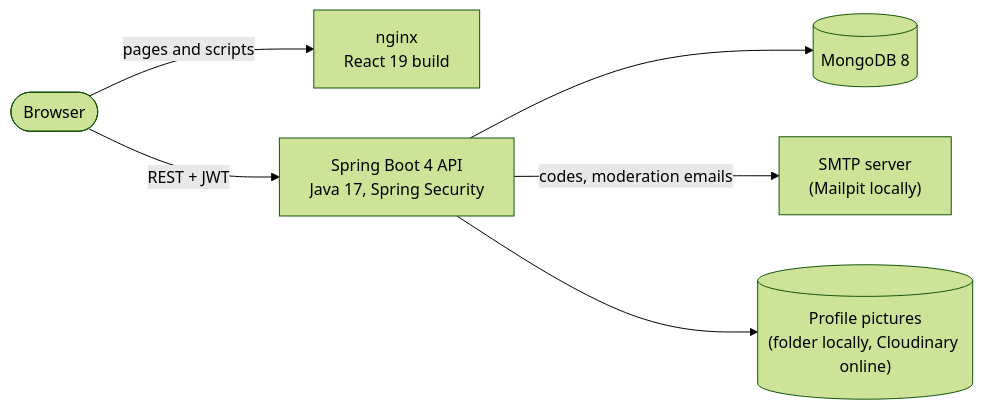
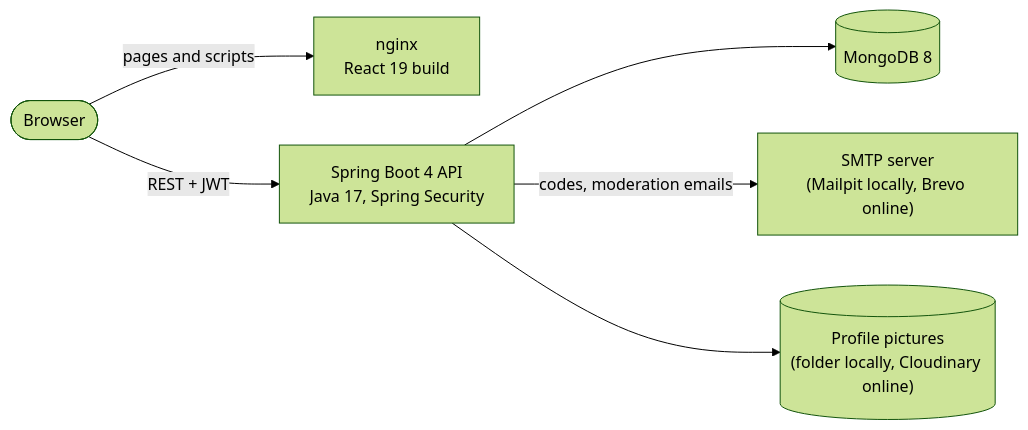
The diagram in README.md (Oumaima-Lg/Voix-De-Sagesse), drawn with Mermaid (forest theme) before and after one commit. The commit also changed other lines of this file and 3 other files, not shown here.

````diff
--- a/README.md
+++ b/README.md
@@ -52,15 +52,15 @@
 ```mermaid
 flowchart LR
     browser([Browser])
     web["nginx<br/>React 19 build"]
     api["Spring Boot 4 API<br/>Java 17, Spring Security"]
     db[("MongoDB 8")]
-    mail["SMTP server<br/>(Mailpit locally)"]
+    mail["SMTP server<br/>(Mailpit locally, Brevo online)"]
     files[("Profile pictures<br/>(folder locally, Cloudinary online)")]
 
     browser -- "pages and scripts" --> web
     browser -- "REST + JWT" --> api
     api --> db
     api -- "codes, moderation emails" --> mail
     api --> files
 ```
````
